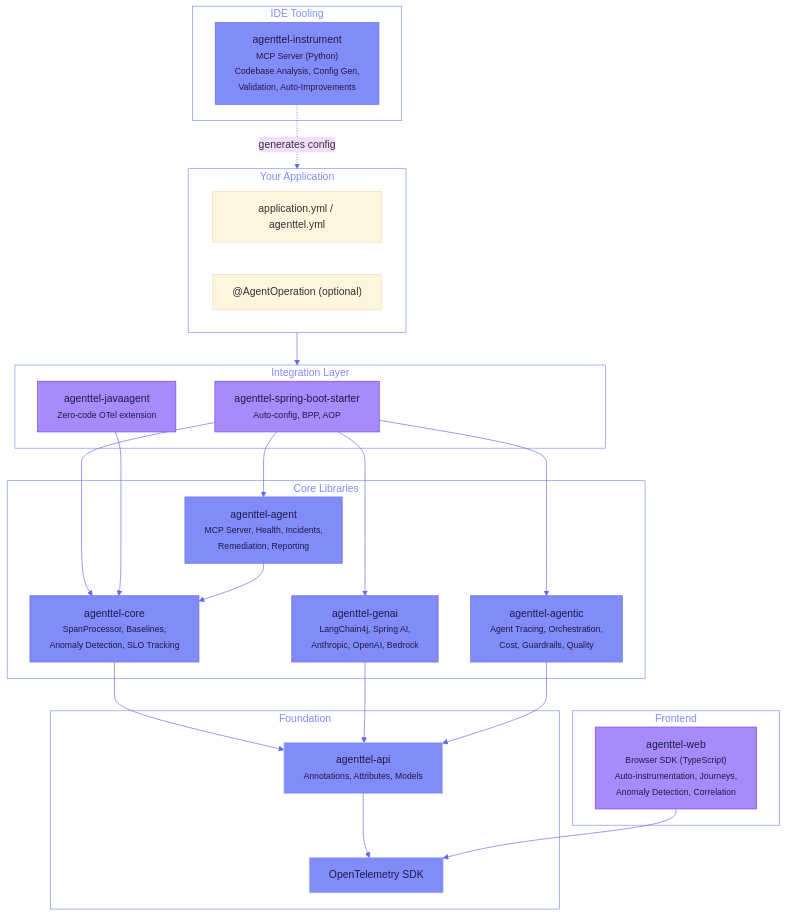
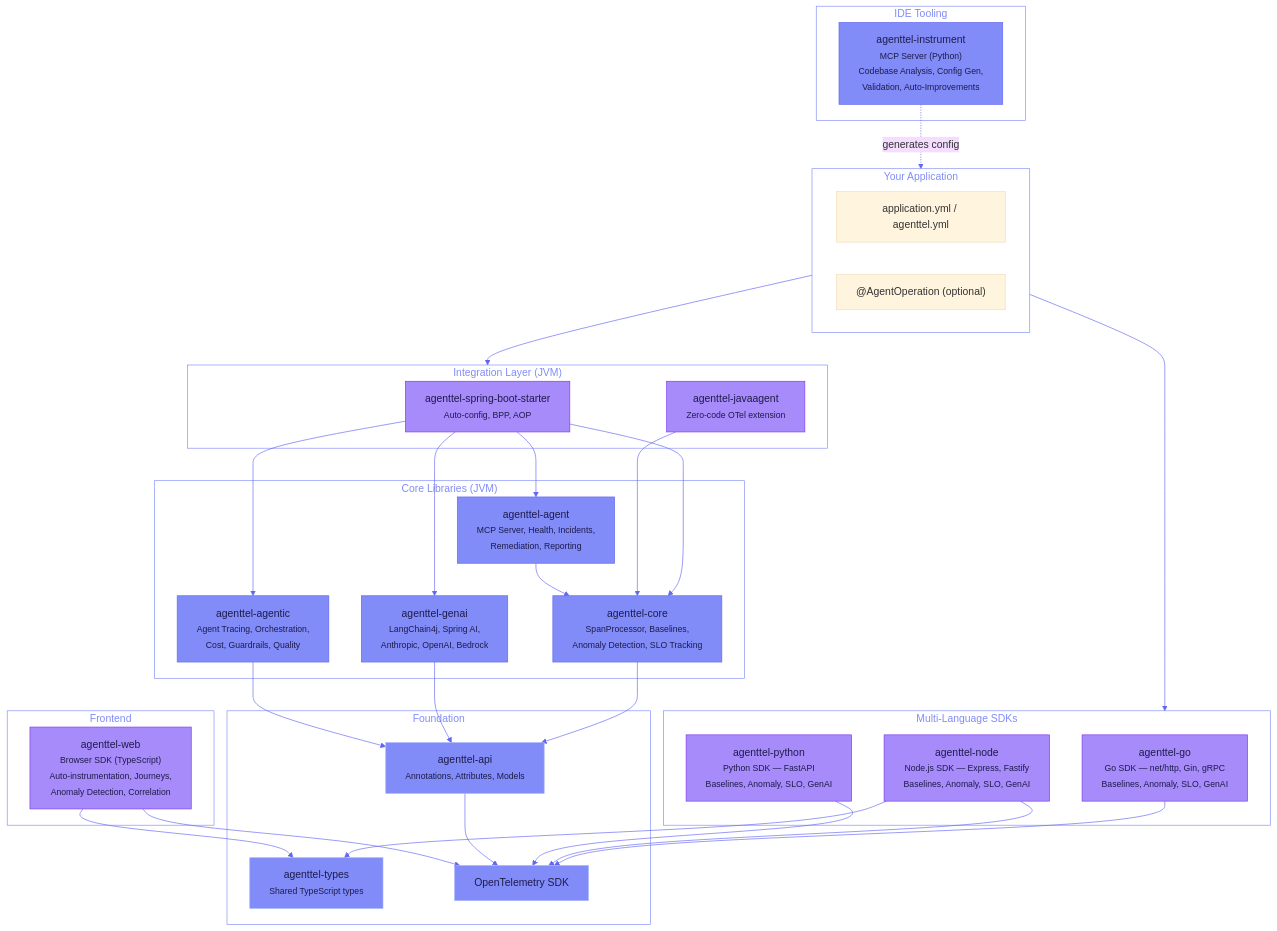
The second of 2 diagrams in docs/index.md (rrohitramsen/AgentTel), drawn with Mermaid before and after one commit. The commit also changed other lines of this file and 7 other files, not shown here.

First line of the commit message:
Update docs site, CI, and README for multi-language SDKs

````diff
--- a/docs/index.md
+++ b/docs/index.md
@@ -184,64 +192,82 @@
 ```mermaid
 %%{init: {'theme': 'base', 'themeVariables': {'lineColor': '#6366f1'}}}%%
 graph TB
     subgraph App["Your Application"]
         YML["application.yml / agenttel.yml"]
         ANN["@AgentOperation (optional)"]
     end
 
     subgraph Frontend["Frontend"]
         WEB["agenttel-web<br/><small>Browser SDK (TypeScript)<br/>Auto-instrumentation, Journeys,<br/>Anomaly Detection, Correlation</small>"]
     end
 
-    subgraph Integration["Integration Layer"]
+    subgraph Integration["Integration Layer (JVM)"]
         SBS["agenttel-spring-boot-starter<br/><small>Auto-config, BPP, AOP</small>"]
         JAE["agenttel-javaagent<br/><small>Zero-code OTel extension</small>"]
     end
 
-    subgraph Core["Core Libraries"]
+    subgraph MultiLang["Multi-Language SDKs"]
+        GOSDK["agenttel-go<br/><small>Go SDK — net/http, Gin, gRPC<br/>Baselines, Anomaly, SLO, GenAI</small>"]
+        NODESDK["agenttel-node<br/><small>Node.js SDK — Express, Fastify<br/>Baselines, Anomaly, SLO, GenAI</small>"]
+        PYSDK["agenttel-python<br/><small>Python SDK — FastAPI<br/>Baselines, Anomaly, SLO, GenAI</small>"]
+    end
+
+    subgraph Core["Core Libraries (JVM)"]
         COR["agenttel-core<br/><small>SpanProcessor, Baselines,<br/>Anomaly Detection, SLO Tracking</small>"]
         GEN["agenttel-genai<br/><small>LangChain4j, Spring AI,<br/>Anthropic, OpenAI, Bedrock</small>"]
         AGC["agenttel-agentic<br/><small>Agent Tracing, Orchestration,<br/>Cost, Guardrails, Quality</small>"]
         AGT["agenttel-agent<br/><small>MCP Server, Health, Incidents,<br/>Remediation, Reporting</small>"]
     end
 
     subgraph Tooling["IDE Tooling"]
         INS["agenttel-instrument<br/><small>MCP Server (Python)<br/>Codebase Analysis, Config Gen,<br/>Validation, Auto-Improvements</small>"]
     end
 
     subgraph Foundation["Foundation"]
         API["agenttel-api<br/><small>Annotations, Attributes, Models</small>"]
+        TYPES["agenttel-types<br/><small>Shared TypeScript types</small>"]
         OTEL["OpenTelemetry SDK"]
     end
 
     App --> Integration
+    App --> MultiLang
     SBS --> COR
     SBS --> GEN
     SBS --> AGC
     SBS --> AGT
     JAE --> COR
     COR --> API
     GEN --> API
     AGC --> API
     AGT --> COR
+    GOSDK --> OTEL
+    NODESDK --> TYPES
+    NODESDK --> OTEL
+    PYSDK --> OTEL
     API --> OTEL
+    WEB --> TYPES
     WEB --> OTEL
     INS -.->|"generates config"| App
 
     style App fill:none,stroke:#818cf8,color:#818cf8
     style Frontend fill:none,stroke:#818cf8,color:#818cf8
     style Integration fill:none,stroke:#818cf8,color:#818cf8
+    style MultiLang fill:none,stroke:#818cf8,color:#818cf8
     style Core fill:none,stroke:#818cf8,color:#818cf8
     style Tooling fill:none,stroke:#818cf8,color:#818cf8
     style Foundation fill:none,stroke:#818cf8,color:#818cf8
     style SBS fill:#a78bfa,stroke:#7c3aed,color:#1e1b4b
     style JAE fill:#a78bfa,stroke:#7c3aed,color:#1e1b4b
     style WEB fill:#a78bfa,stroke:#7c3aed,color:#1e1b4b
+    style GOSDK fill:#a78bfa,stroke:#7c3aed,color:#1e1b4b
+    style NODESDK fill:#a78bfa,stroke:#7c3aed,color:#1e1b4b
+    style PYSDK fill:#a78bfa,stroke:#7c3aed,color:#1e1b4b
     style INS fill:#818cf8,stroke:#6366f1,color:#1e1b4b
     style COR fill:#818cf8,stroke:#6366f1,color:#1e1b4b
     style GEN fill:#818cf8,stroke:#6366f1,color:#1e1b4b
     style AGC fill:#818cf8,stroke:#6366f1,color:#1e1b4b
     style AGT fill:#818cf8,stroke:#6366f1,color:#1e1b4b
     style API fill:#818cf8,stroke:#a5b4fc,color:#1e1b4b
+    style TYPES fill:#818cf8,stroke:#a5b4fc,color:#1e1b4b
     style OTEL fill:#818cf8,stroke:#a5b4fc,color:#1e1b4b
 ```
````
